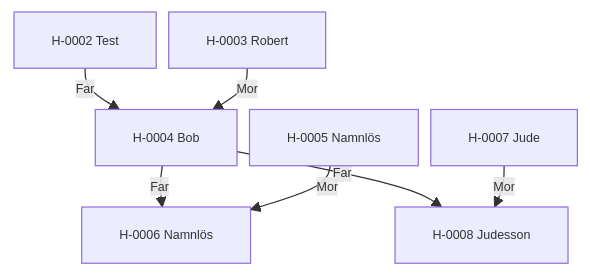
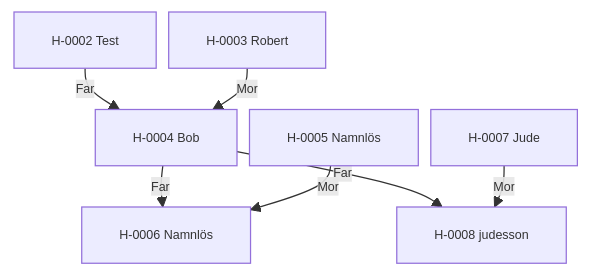
Before and after one commit to awoltmp/horse-registry: the diagram in content/02. Register/02.3 Stamtavlor/Stamtavla H-0002.md, drawn with Mermaid. The commit also changed other lines of this file and 38 other files, not shown here.

````diff
--- a/content/02. Register/02.3 Stamtavlor/Stamtavla H-0002.md
+++ b/content/02. Register/02.3 Stamtavlor/Stamtavla H-0002.md
@@ -23,18 +23,18 @@
 ```mermaid
 %%{init: {"flowchart": {"nodeSpacing": 10, "rankSpacing": 18, "curve": "basis", "htmlLabels": true}, "themeVariables": {"fontSize": "10px"}}}%%
 flowchart TB
     h0["H-0002 Test"]
     h1["H-0003 Robert"]
     h2["H-0004 Bob"]
     h3["H-0005 Namnlös"]
     h4["H-0006 Namnlös"]
     h5["H-0007 Jude"]
-    h6["H-0008 Judesson"]
+    h6["H-0008 judesson"]
     h0 -->|Far| h2
     h1 -->|Mor| h2
     h2 -->|Far| h4
     h3 -->|Mor| h4
     h2 -->|Far| h6
     h5 -->|Mor| h6
     class h0,h1,h2,h3,h4,h5,h6 internal-link;
 ```
````
